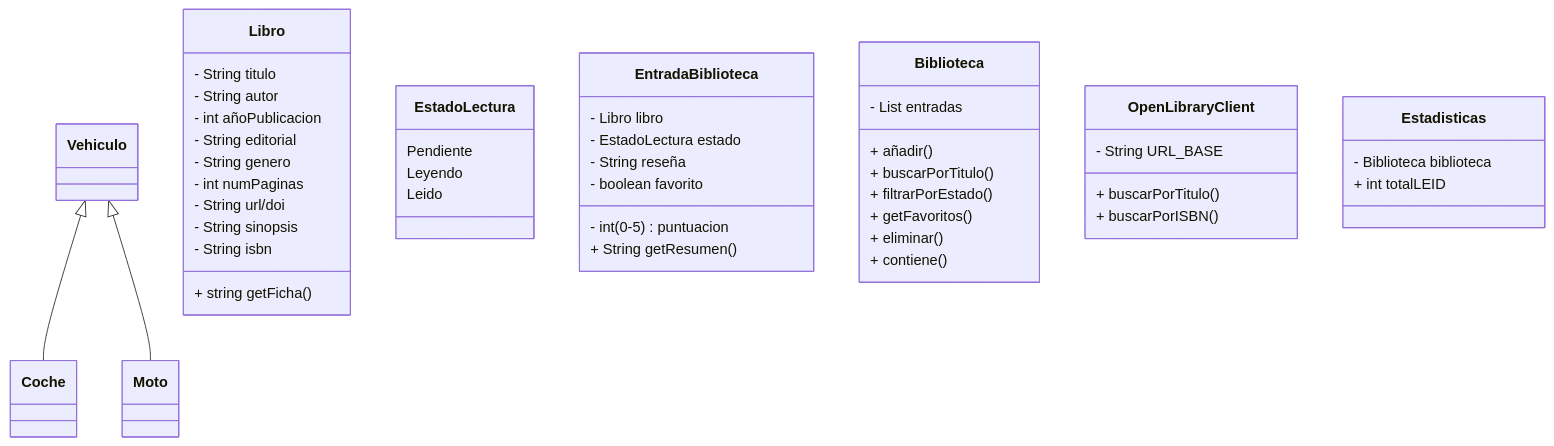
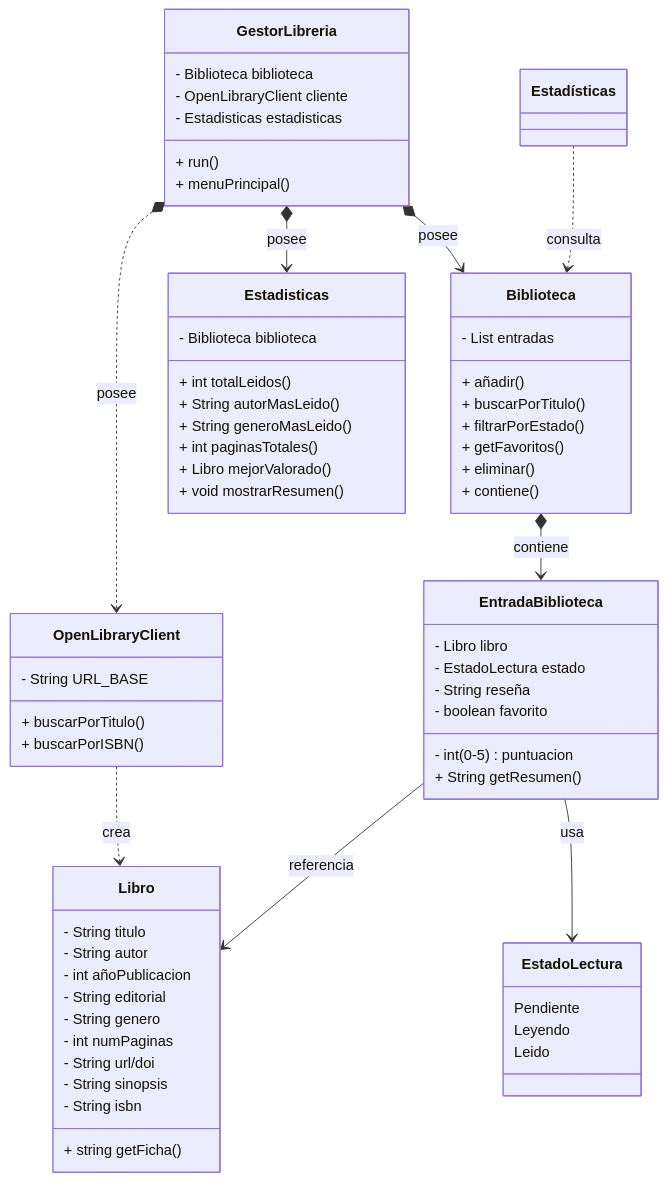
The diagram in especificaciones.md (pcmiralles/Proyecto-Java), drawn with Mermaid before and after one commit. The commit also changed other lines of this file, not shown here.

Commit message:
especificaciones.md

````diff
--- a/especificaciones.md
+++ b/especificaciones.md
@@ -60,51 +62,74 @@
 ```mermaid
 classDiagram
-    Vehiculo <|-- Coche
-    Vehiculo <|-- Moto
+    EntradaBiblioteca --> Libro : referencia
+    EntradaBiblioteca --> EstadoLectura : usa
+
+    Biblioteca *--> EntradaBiblioteca : contiene
+
+    Estadísticas ..> Biblioteca : consulta
+
+    OpenLibraryClient ..> Libro : crea
+
+    GestorLibreria *--> Biblioteca : posee
+    GestorLibreria *--> Estadisticas : posee
+    GestorLibreria *..> OpenLibraryClient : posee
 
     class Libro {
         - String titulo
         - String autor
         - int añoPublicacion
         - String editorial
         - String genero
         - int numPaginas
         - String url/doi
         - String sinopsis
         - String isbn
         + string getFicha()
     }
     class EstadoLectura {
         Pendiente
         Leyendo
         Leido
     }
     class EntradaBiblioteca {
         - Libro libro
         - EstadoLectura estado
         - int (0-5) puntuacion
         - String reseña
         - boolean favorito
         + String getResumen()
     }
     class Biblioteca {
         - List<EntradaBiblioteca> entradas
         + añadir()
         + buscarPorTitulo()
         + filtrarPorEstado()
         + getFavoritos()
         + eliminar()
         + contiene()
     }
 
     class OpenLibraryClient {
         - String URL_BASE
         + buscarPorTitulo()
         + buscarPorISBN()
     }
 
     class Estadisticas {
         - Biblioteca biblioteca
-        + int totalLEID
+        + int totalLeidos()
+        + String autorMasLeido()
+        + String generoMasLeido()
+        + int paginasTotales()
+        + Libro mejorValorado()
+        + void mostrarResumen()
+    }
+
+    class GestorLibreria {
+        - Biblioteca biblioteca
+        - OpenLibraryClient cliente
+        - Estadisticas estadisticas
+        + run()
+        + menuPrincipal()
     }
 ```
````
